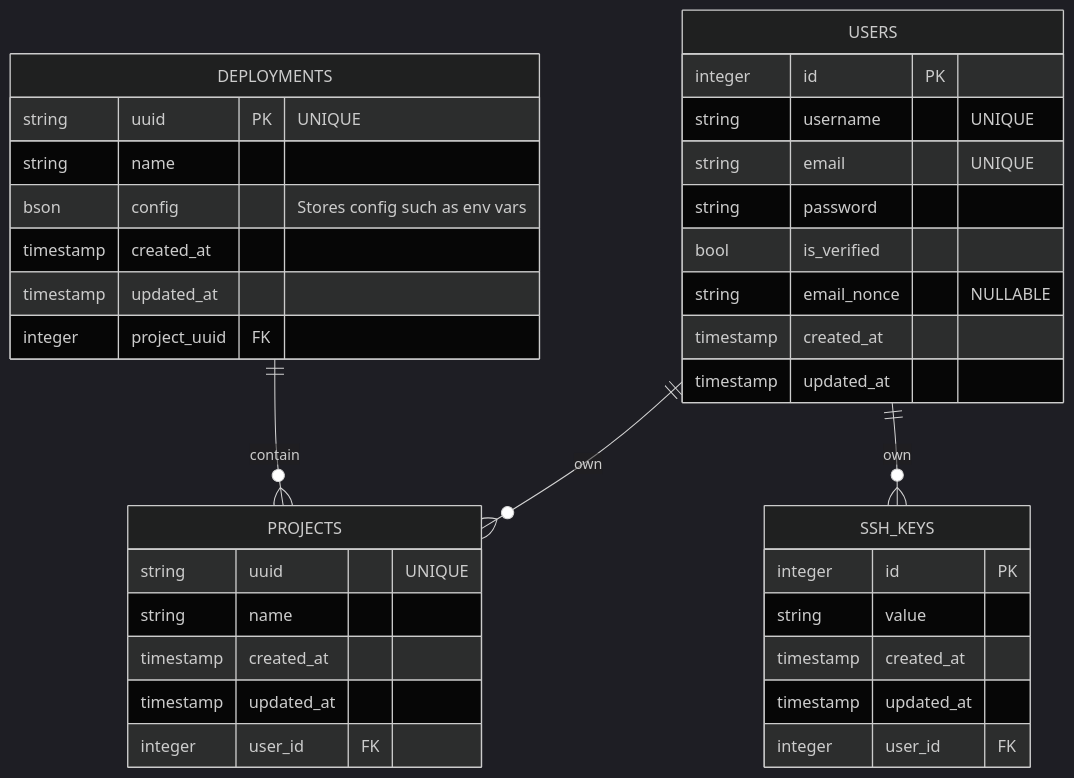
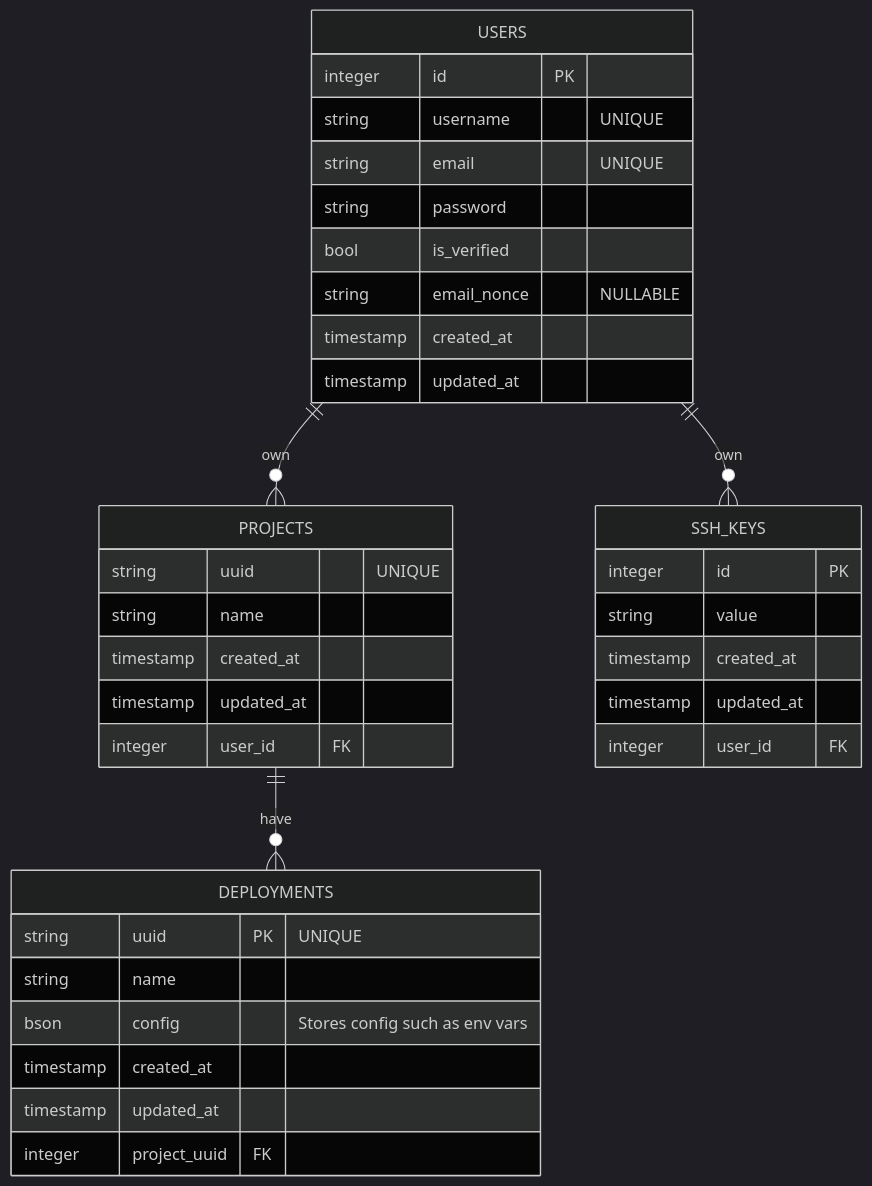
One commit to paastech-cloud/docs changed the diagram in README.md. Above: the diagram before and after it, drawn with Mermaid (dark theme).

Commit message:
fix(README): correct wrong MCD link between projects and deployments

````diff
--- a/README.md
+++ b/README.md
@@ -5,38 +5,38 @@
 ```mermaid
 erDiagram
     USERS ||--o{ PROJECTS : own
     USERS ||--o{ SSH_KEYS : own
-    DEPLOYMENTS ||--o{ PROJECTS : contain
+    PROJECTS ||--o{ DEPLOYMENTS : have
     USERS {
         integer id PK
         string username "UNIQUE"
         string email "UNIQUE"
         string password
         bool is_verified
         string email_nonce "NULLABLE"
         timestamp created_at
         timestamp updated_at
     }
     SSH_KEYS {
         integer id PK
         string value
         timestamp created_at
         timestamp updated_at
         integer user_id FK
     }
     PROJECTS {
         string uuid "UNIQUE"
         string name
         timestamp created_at
         timestamp updated_at
         integer user_id FK
     }
     DEPLOYMENTS {
         string uuid PK "UNIQUE"
         string name
         bson config "Stores config such as env vars"
         timestamp created_at
         timestamp updated_at
         integer project_uuid FK
     }
 ```
````
